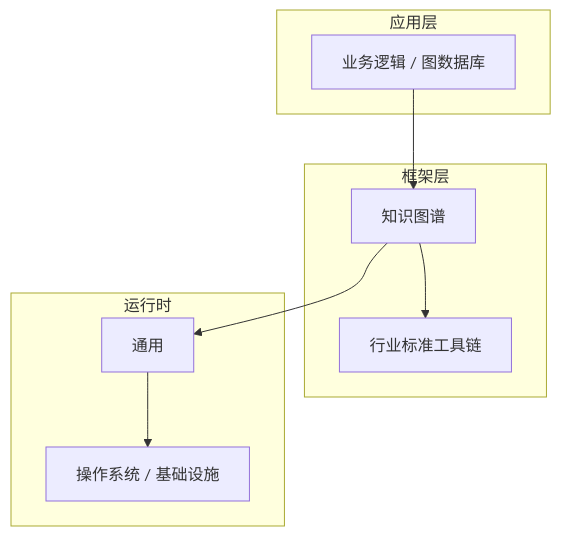
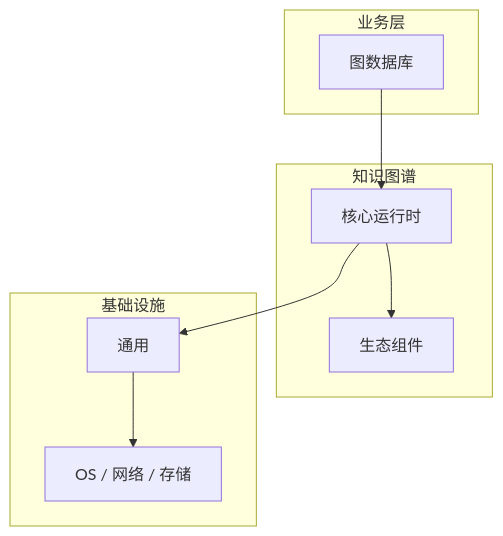
Before and after one commit to yanggan2015/knowledge-json-v2: the diagram in articles/知识图谱/chapters/041-图数据库核心概念与原理.md, drawn with Mermaid. The commit also changed other lines of this file and 10127 other files, not shown here.

````diff
--- a/articles/知识图谱/chapters/041-图数据库核心概念与原理.md
+++ b/articles/知识图谱/chapters/041-图数据库核心概念与原理.md
@@ -45,18 +30,18 @@
 ```mermaid
 graph TB
-    subgraph 应用层
-        A[业务逻辑 / 图数据库]
+    subgraph 业务层
+        A[图数据库]
     end
-    subgraph 框架层
-        B[知识图谱]
-        C[行业标准工具链]
+    subgraph 知识图谱
+        B[核心运行时]
+        C[生态组件]
     end
-    subgraph 运行时
+    subgraph 基础设施
         D[通用]
-        E[操作系统 / 基础设施]
+        E[OS / 网络 / 存储]
     end
     A --> B
     B --> C
     B --> D
     D --> E
 ```
````
